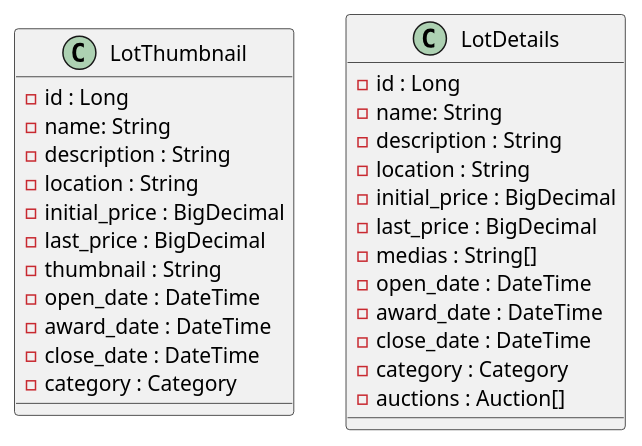
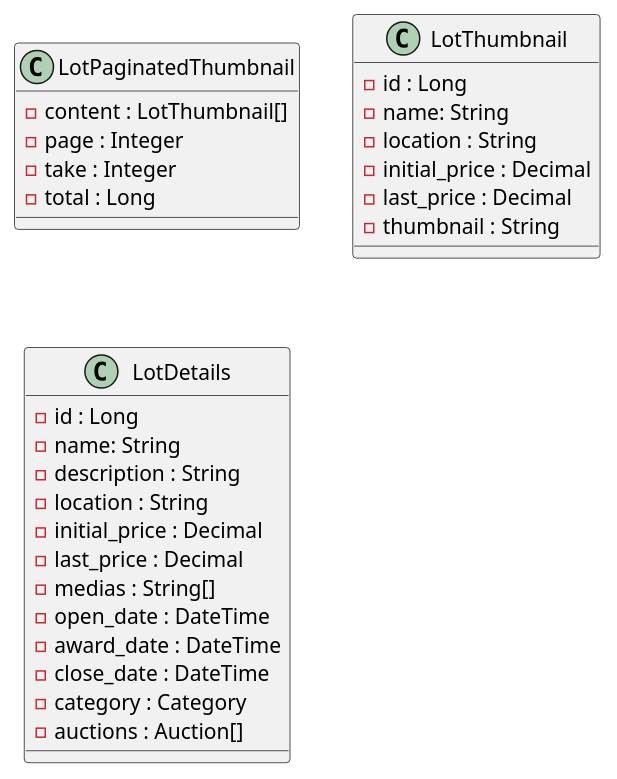
The diagram in docs/dto.puml (ETML-ES-LABEFE-MANUEL-THEO/BACKEND), drawn with PlantUML before and after one commit. The commit also changed 1 other file, not shown here.

```diff
--- a/docs/dto.puml
+++ b/docs/dto.puml
@@ -1,32 +1,34 @@
 @startuml
+
+class LotPaginatedThumbnail {
+    - content : LotThumbnail[]
+    - page : Integer
+    - take : Integer
+    - total : Long
+}
 
 class LotThumbnail {
     - id : Long
     - name: String
-    - description : String
     - location : String
-    - initial_price : BigDecimal
-    - last_price : BigDecimal
+    - initial_price : Decimal
+    - last_price : Decimal
     - thumbnail : String
-    - open_date : DateTime
-    - award_date : DateTime
-    - close_date : DateTime
-    - category : Category
 }
 
 class LotDetails {
     - id : Long
     - name: String
     - description : String
     - location : String
-    - initial_price : BigDecimal
-    - last_price : BigDecimal
+    - initial_price : Decimal
+    - last_price : Decimal
     - medias : String[]
     - open_date : DateTime
     - award_date : DateTime
     - close_date : DateTime
     - category : Category
     - auctions : Auction[]
 }
 
 @enduml
```
